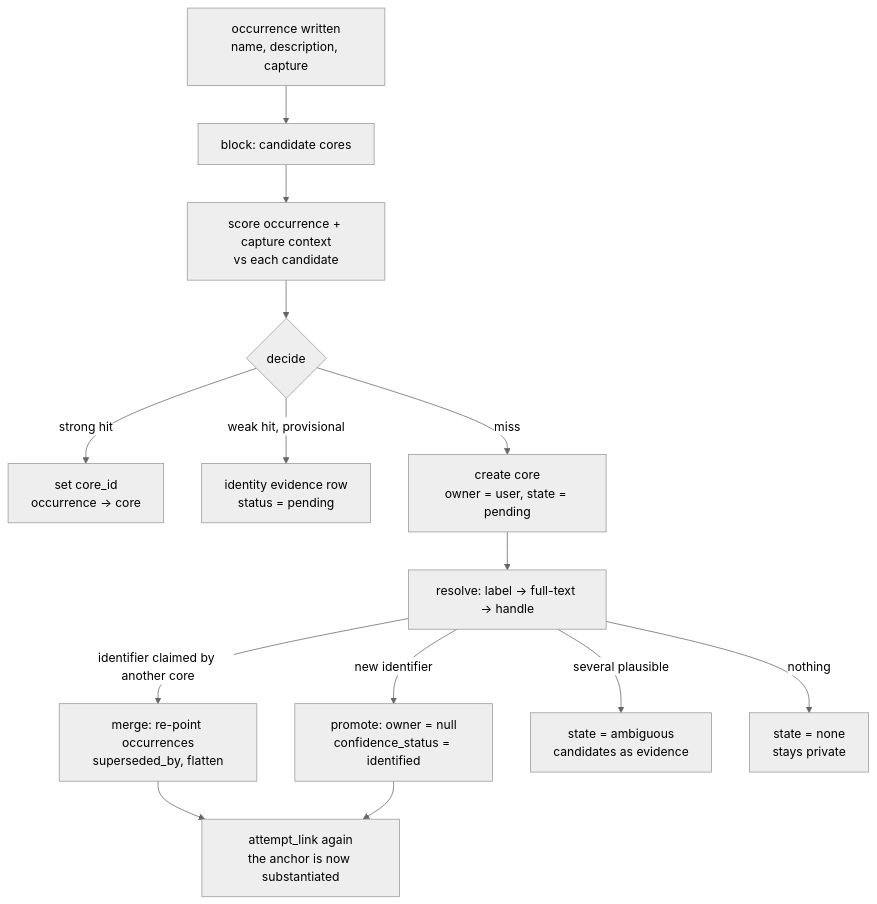
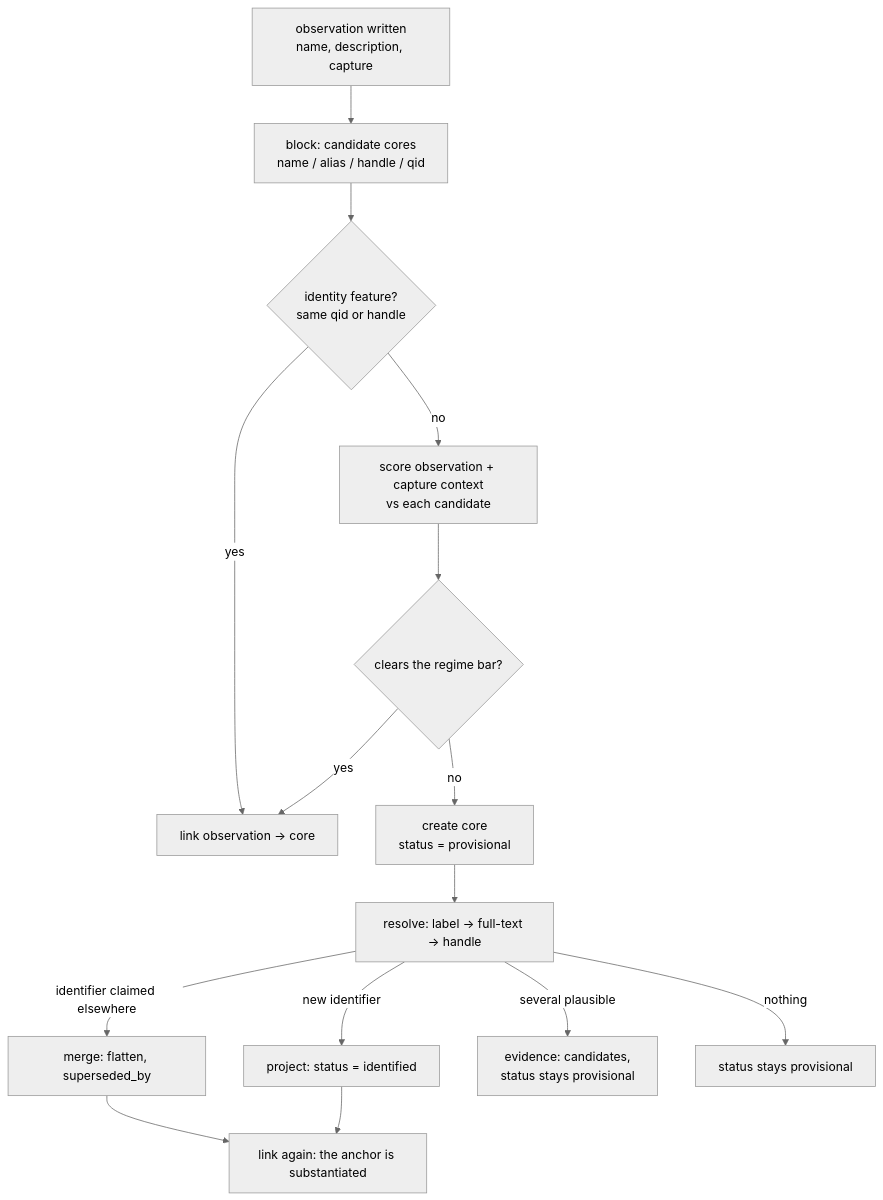
One commit to mdrcode/dreamscroll changed the diagram in plan/knowledge-canonical-entities.md. Above: the diagram before and after it, drawn with Mermaid (neutral theme). The commit also changed other lines of this file and 3 other files, not shown here.

First line of the commit message:
Rewrite the entity model from first principles: observation, referent, evidence

````diff
--- a/plan/knowledge-canonical-entities.md
+++ b/plan/knowledge-canonical-entities.md
@@ -305,16 +278,17 @@
 ```mermaid
 flowchart TD
-  O[occurrence written<br/>name, description, capture] --> B[block: candidate cores]
-  B --> S[score occurrence + capture context<br/>vs each candidate]
-  S --> D{decide}
-  D -->|strong hit| L[set core_id<br/>occurrence → core]
-  D -->|weak hit, provisional| C[identity evidence row<br/>status = pending]
-  D -->|miss| N[create core<br/>owner = user, state = pending]
+  O[observation written<br/>name, description, capture] --> B[block: candidate cores<br/>name / alias / handle / qid]
+  B --> F{identity feature?<br/>same qid or handle}
+  F -->|yes| L[link observation → core]
+  F -->|no| S[score observation + capture context<br/>vs each candidate]
+  S --> D{clears the regime bar?}
+  D -->|yes| L
+  D -->|no| N[create core<br/>status = provisional]
   N --> R[resolve: label → full-text → handle]
-  R -->|identifier claimed by another core| M[merge: re-point occurrences<br/>superseded_by, flatten]
-  R -->|new identifier| P[promote: owner = null<br/>confidence_status = identified]
-  R -->|several plausible| A[state = ambiguous<br/>candidates as evidence]
-  R -->|nothing| U[state = none<br/>stays private]
-  M --> F[attempt_link again<br/>the anchor is now substantiated]
-  P --> F
+  R -->|identifier claimed elsewhere| M[merge: flatten, superseded_by]
+  R -->|new identifier| P[project: status = identified]
+  R -->|several plausible| A[evidence: candidates,<br/>status stays provisional]
+  R -->|nothing| U[status stays provisional]
+  M --> L2[link again: the anchor is substantiated]
+  P --> L2
 ```
````
